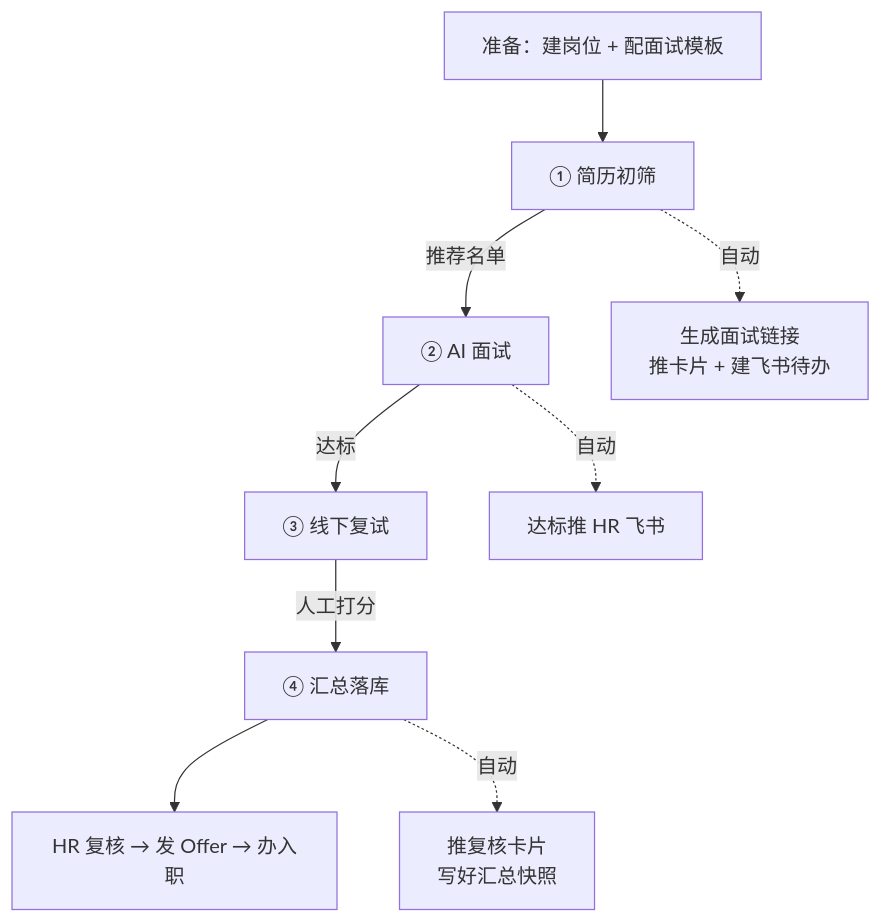
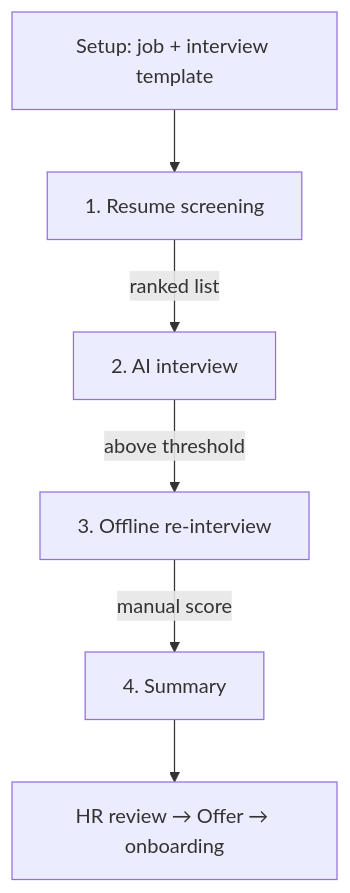
One commit to WEMoon957/ai-interview-agent changed the second of 2 diagrams in README.md. Above: the diagram before and after it, drawn with Mermaid. The commit also changed other lines of this file and 3 other files, not shown here.

````diff
--- a/README.md
+++ b/README.md
@@ -248,12 +139,8 @@
 ```mermaid
 flowchart TD
-    A0[准备：建岗位 + 配面试模板] --> A[① 简历初筛]
-    A -->|推荐名单| B[② AI 面试]
-    B -->|达标| C[③ 线下复试]
-    C -->|人工打分| D[④ 汇总落库]
-    D --> E[HR 复核 → 发 Offer → 办入职]
-
-    A -.自动.-> A1[生成面试链接<br/>推卡片 + 建飞书待办]
-    B -.自动.-> B1[达标推 HR 飞书]
-    D -.自动.-> D1[推复核卡片<br/>写好汇总快照]
+    A0[Setup: job + interview template] --> A[1. Resume screening]
+    A -->|ranked list| B[2. AI interview]
+    B -->|above threshold| C[3. Offline re-interview]
+    C -->|manual score| D[4. Summary]
+    D --> E[HR review → Offer → onboarding]
 ```
````
